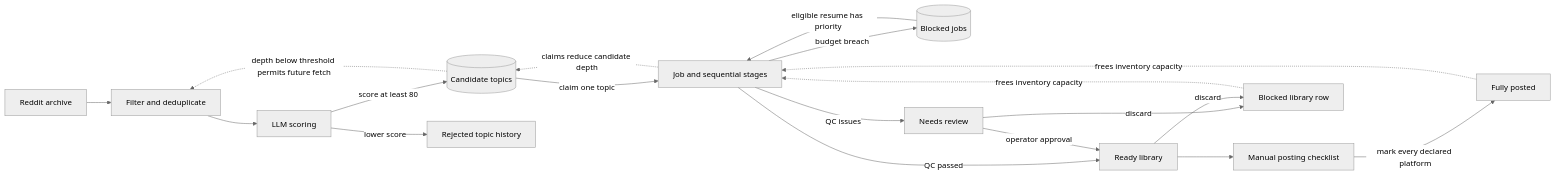
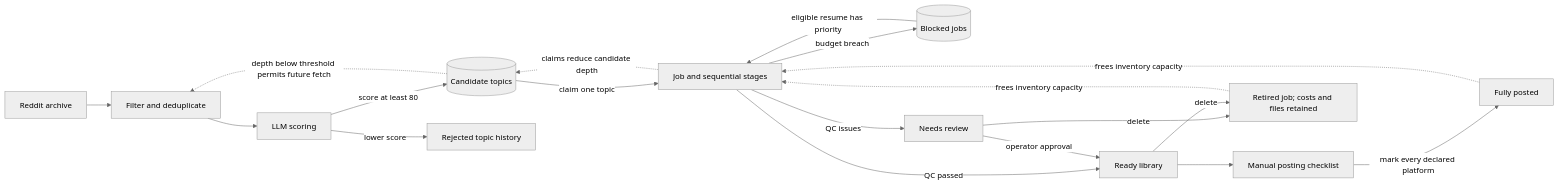
The second of 7 diagrams in docs/system-architecture.md (AlexMorrow239/contentd-system), drawn with Mermaid (neutral theme) before and after one commit. The commit also changed other lines of this file and 50 other files, not shown here.

````diff
--- a/docs/system-architecture.md
+++ b/docs/system-architecture.md
@@ -72,21 +72,21 @@
 ```mermaid
 flowchart LR
   Source[Reddit archive] --> Filter[Filter and deduplicate]
   Filter --> Score[LLM scoring]
   Score -->|score at least 80| Topics[(Candidate topics)]
   Score -->|lower score| Rejected[Rejected topic history]
   Topics -->|claim one topic| Job[Job and sequential stages]
   Job -->|budget breach| Blocked[(Blocked jobs)]
   Blocked -->|eligible resume has priority| Job
   Job -->|QC passed| Ready[Ready library]
   Job -->|QC issues| Review[Needs review]
   Review -->|operator approval| Ready
   Ready --> Post[Manual posting checklist]
   Post -->|mark every declared platform| Consumed[Fully posted]
-  Review -->|discard| Discard[Blocked library row]
-  Ready -->|discard| Discard
+  Review -->|delete| Deleted[Retired job; costs and files retained]
+  Ready -->|delete| Deleted
   Consumed -.->|frees inventory capacity| Job
-  Discard -.->|frees inventory capacity| Job
+  Deleted -.->|frees inventory capacity| Job
   Job -.->|claims reduce candidate depth| Topics
   Topics -.->|depth below threshold permits future fetch| Filter
 ```
````
